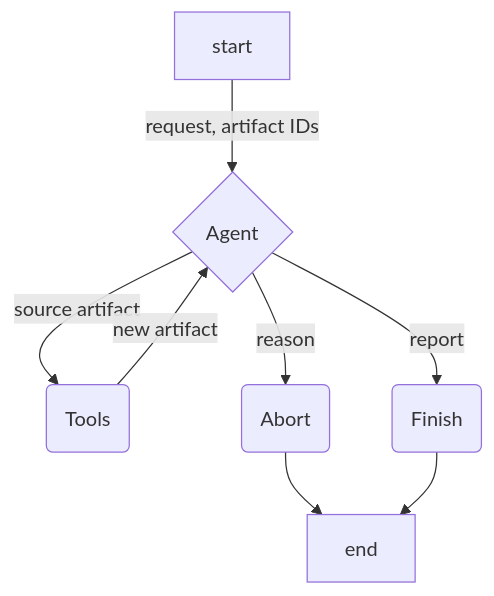
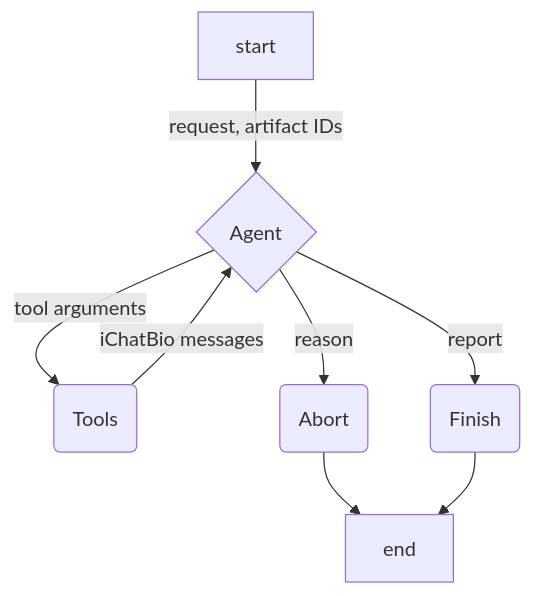
The diagram in examples/langchain_weather/README.md (acislab/ichatbio-sdk), drawn with Mermaid before and after one commit. The commit also changed 1 other file, not shown here.

Commit message:
Fix arrow labels

````diff
--- a/examples/langchain_weather/README.md
+++ b/examples/langchain_weather/README.md
@@ -5,7 +5,7 @@
 ```mermaid
 flowchart TD
     A[start] -->|request, artifact IDs| B{Agent}
-    B --> |source artifact| C(Tools) --> |new artifact| B
+    B --> |tool arguments| C(Tools) --> |iChatBio messages| B
     B --> |reason| D(Abort) --> F[end]
     B --> |report| E(Finish) --> F
 ```
````
